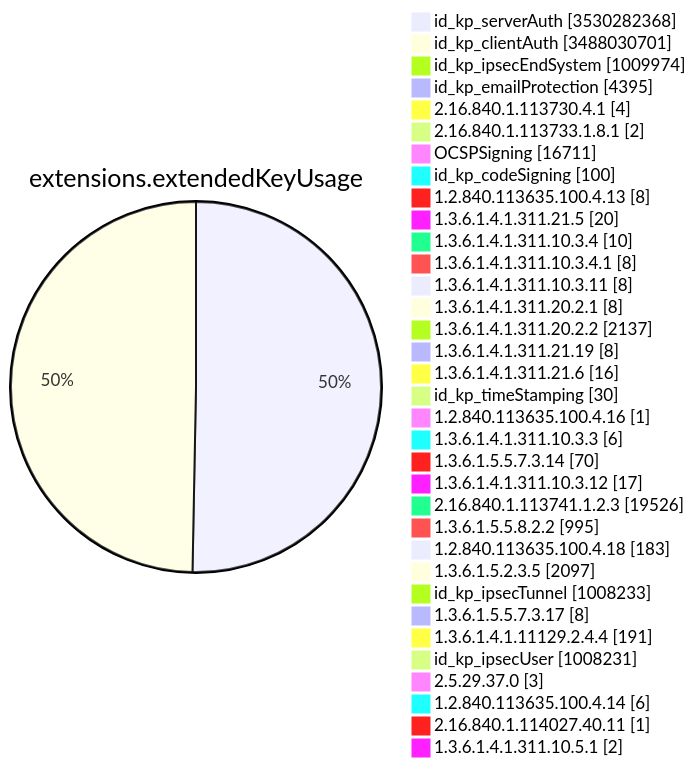
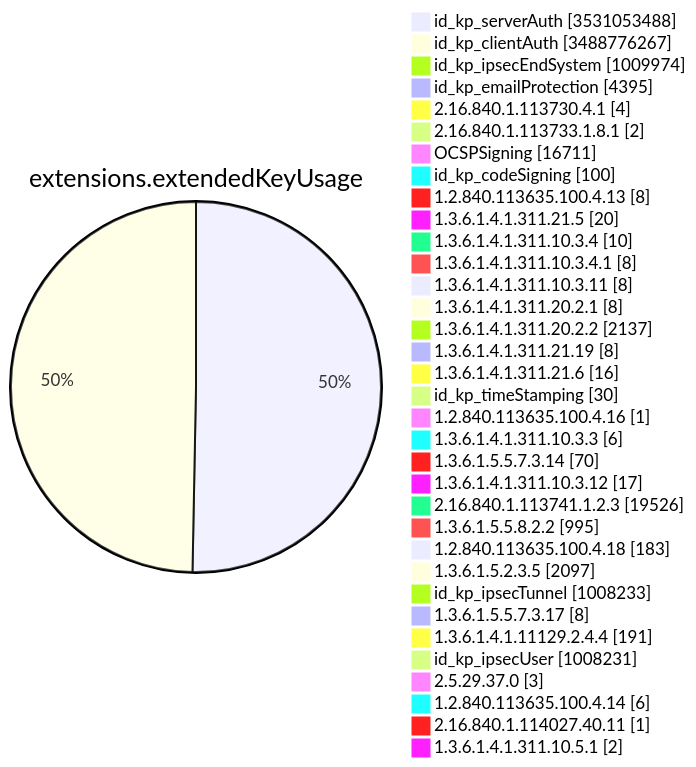
Before and after one commit to christiankrug/ctmonitor_visualization: diagram 11 of 15 in TOTAL/README.md, drawn with Mermaid. The commit also changed other lines of this file, not shown here.

````diff
--- a/TOTAL/README.md
+++ b/TOTAL/README.md
@@ -4127,38 +4127,38 @@
 ```mermaid
 pie showData
 title extensions.extendedKeyUsage
-"id_kp_serverAuth" :3530282368
-"id_kp_clientAuth" :3488030701
+"id_kp_serverAuth" :3531053488
+"id_kp_clientAuth" :3488776267
 "id_kp_ipsecEndSystem" :1009974
 "id_kp_emailProtection" :4395
 "2.16.840.1.113730.4.1" :4
 "2.16.840.1.113733.1.8.1" :2
 "OCSPSigning" :16711
 "id_kp_codeSigning" :100
 "1.2.840.113635.100.4.13" :8
 "1.3.6.1.4.1.311.21.5" :20
 "1.3.6.1.4.1.311.10.3.4" :10
 "1.3.6.1.4.1.311.10.3.4.1" :8
 "1.3.6.1.4.1.311.10.3.11" :8
 "1.3.6.1.4.1.311.20.2.1" :8
 "1.3.6.1.4.1.311.20.2.2" :2137
 "1.3.6.1.4.1.311.21.19" :8
 "1.3.6.1.4.1.311.21.6" :16
 "id_kp_timeStamping" :30
 "1.2.840.113635.100.4.16" :1
 "1.3.6.1.4.1.311.10.3.3" :6
 "1.3.6.1.5.5.7.3.14" :70
 "1.3.6.1.4.1.311.10.3.12" :17
 "2.16.840.1.113741.1.2.3" :19526
 "1.3.6.1.5.5.8.2.2" :995
 "1.2.840.113635.100.4.18" :183
 "1.3.6.1.5.2.3.5" :2097
 "id_kp_ipsecTunnel" :1008233
 "1.3.6.1.5.5.7.3.17" :8
 "1.3.6.1.4.1.11129.2.4.4" :191
 "id_kp_ipsecUser" :1008231
 "2.5.29.37.0" :3
 "1.2.840.113635.100.4.14" :6
 "2.16.840.1.114027.40.11" :1
 "1.3.6.1.4.1.311.10.5.1" :2
 ```
````
